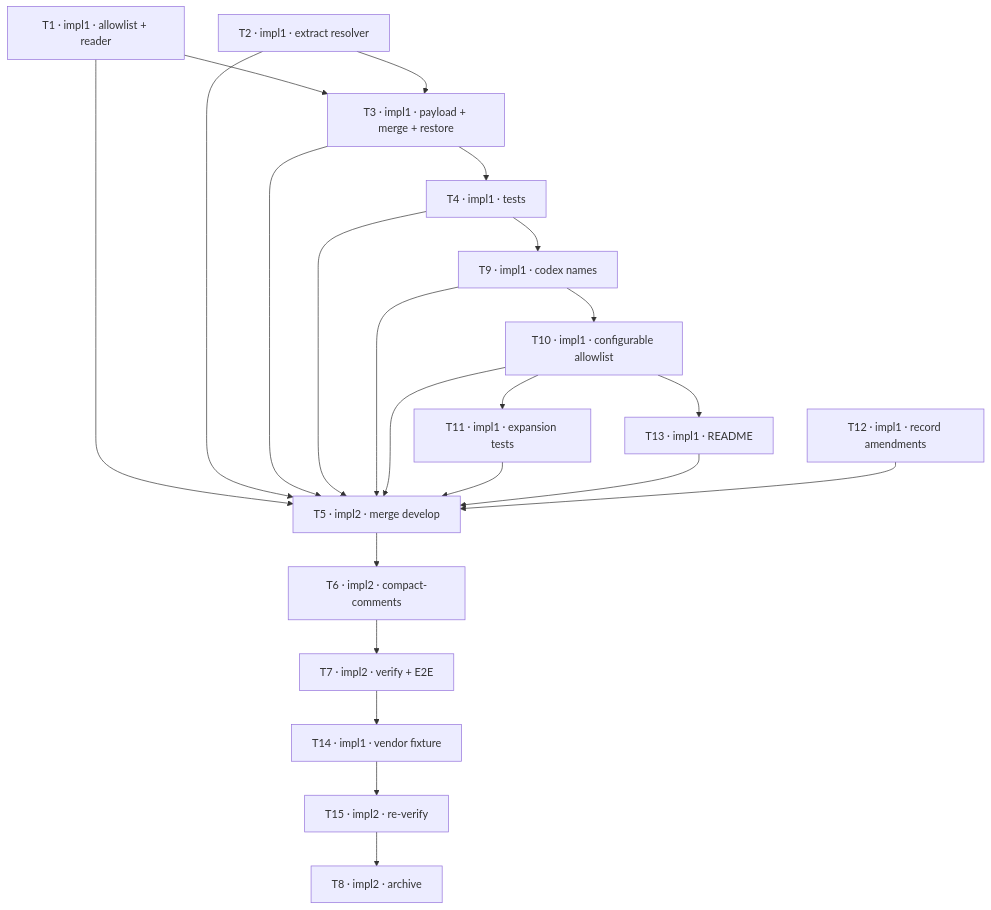
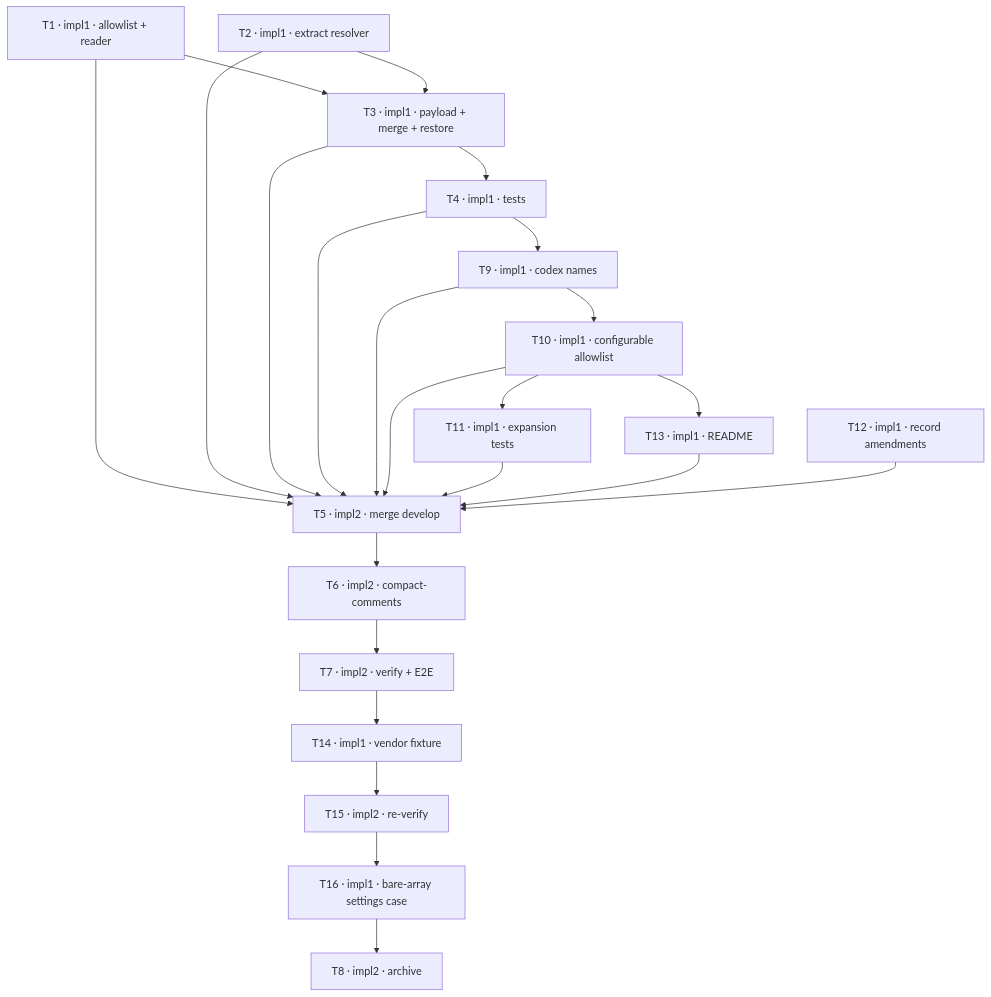
One commit to treekmk/zellaude changed the diagram in CLAUDE_TODO-capture-claude-launch-env.md. Above: the diagram before and after it, drawn with Mermaid. The commit also changed other lines of this file, not shown here.

Commit message:
[revise] Cover the bare-array settings shape

````diff
--- a/CLAUDE_TODO-capture-claude-launch-env.md
+++ b/CLAUDE_TODO-capture-claude-launch-env.md
@@ -40,24 +45,25 @@
 ```mermaid
 graph TD
   T1[T1 · impl1 · allowlist + reader] --> T3[T3 · impl1 · payload + merge + restore]
   T2[T2 · impl1 · extract resolver] --> T3
   T3 --> T4[T4 · impl1 · tests]
   T4 --> T9[T9 · impl1 · codex names]
   T9 --> T10[T10 · impl1 · configurable allowlist]
   T10 --> T11[T11 · impl1 · expansion tests]
   T1 --> T5[T5 · impl2 · merge develop]
   T2 --> T5
   T3 --> T5
   T4 --> T5
   T9 --> T5
   T10 --> T5
   T10 --> T13[T13 · impl1 · README]
   T11 --> T5
   T13 --> T5
   T12[T12 · impl1 · record amendments] --> T5
   T5 --> T6[T6 · impl2 · compact-comments]
   T6 --> T7[T7 · impl2 · verify + E2E]
   T7 --> T14[T14 · impl1 · vendor fixture]
   T14 --> T15[T15 · impl2 · re-verify]
-  T15 --> T8[T8 · impl2 · archive]
+  T15 --> T16[T16 · impl1 · bare-array settings case]
+  T16 --> T8[T8 · impl2 · archive]
 ```
````
